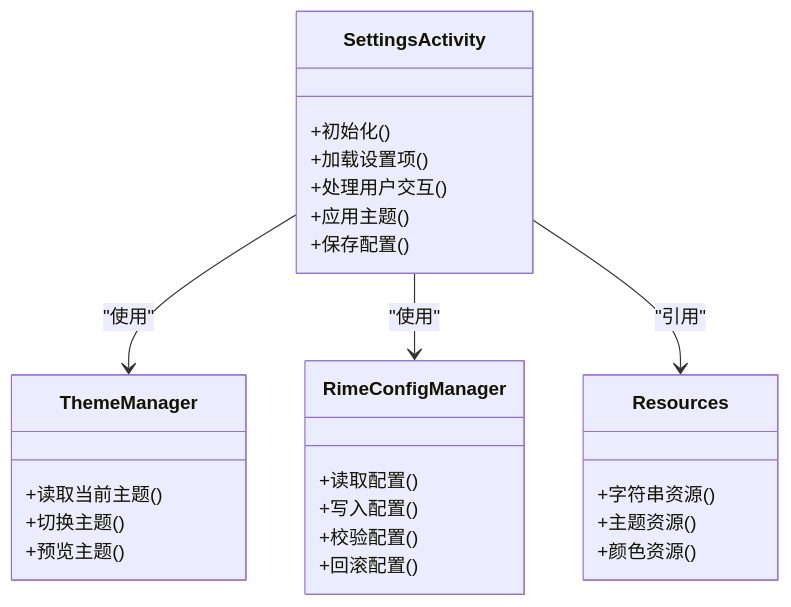
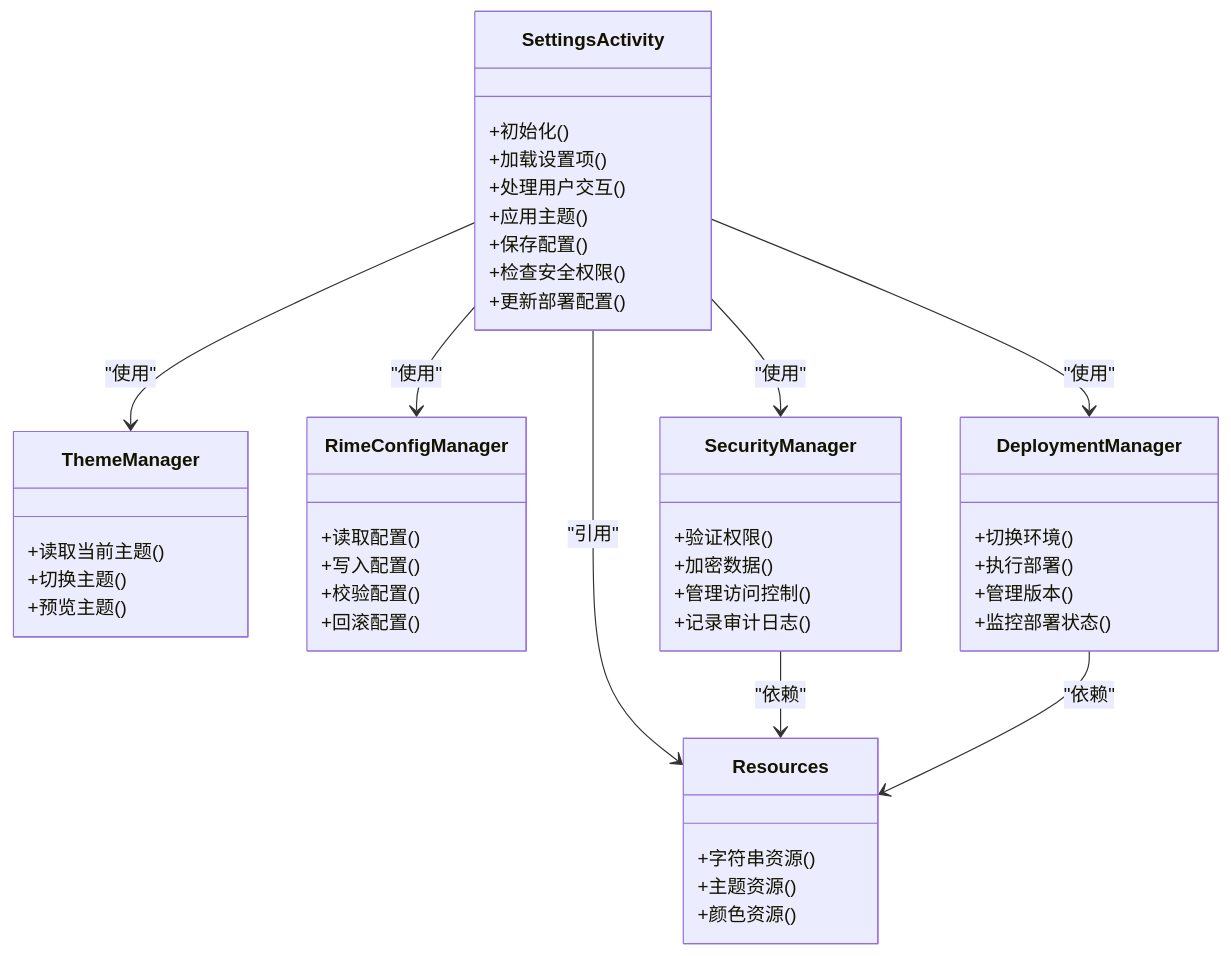
One commit to qiaodashaoye/ziyou-ime changed the fifth of 5 diagrams in .qoder/repowiki/zh/content/设置界面.md. Above: the diagram before and after it, drawn with Mermaid. The commit also changed other lines of this file and 7 other files, not shown here.

````diff
--- a/.qoder/repowiki/zh/content/设置界面.md
+++ b/.qoder/repowiki/zh/content/设置界面.md
@@ -199,29 +340,47 @@
 ```mermaid
 classDiagram
 class SettingsActivity {
 +初始化()
 +加载设置项()
 +处理用户交互()
 +应用主题()
 +保存配置()
++检查安全权限()
++更新部署配置()
 }
 class ThemeManager {
 +读取当前主题()
 +切换主题()
 +预览主题()
 }
 class RimeConfigManager {
 +读取配置()
 +写入配置()
 +校验配置()
 +回滚配置()
 }
+class SecurityManager {
++验证权限()
++加密数据()
++管理访问控制()
++记录审计日志()
+}
+class DeploymentManager {
++切换环境()
++执行部署()
++管理版本()
++监控部署状态()
+}
 class Resources {
 +字符串资源()
 +主题资源()
 +颜色资源()
 }
 SettingsActivity --> ThemeManager : "使用"
 SettingsActivity --> RimeConfigManager : "使用"
+SettingsActivity --> SecurityManager : "使用"
+SettingsActivity --> DeploymentManager : "使用"
 SettingsActivity --> Resources : "引用"
+SecurityManager --> Resources : "依赖"
+DeploymentManager --> Resources : "依赖"
 ```
````
